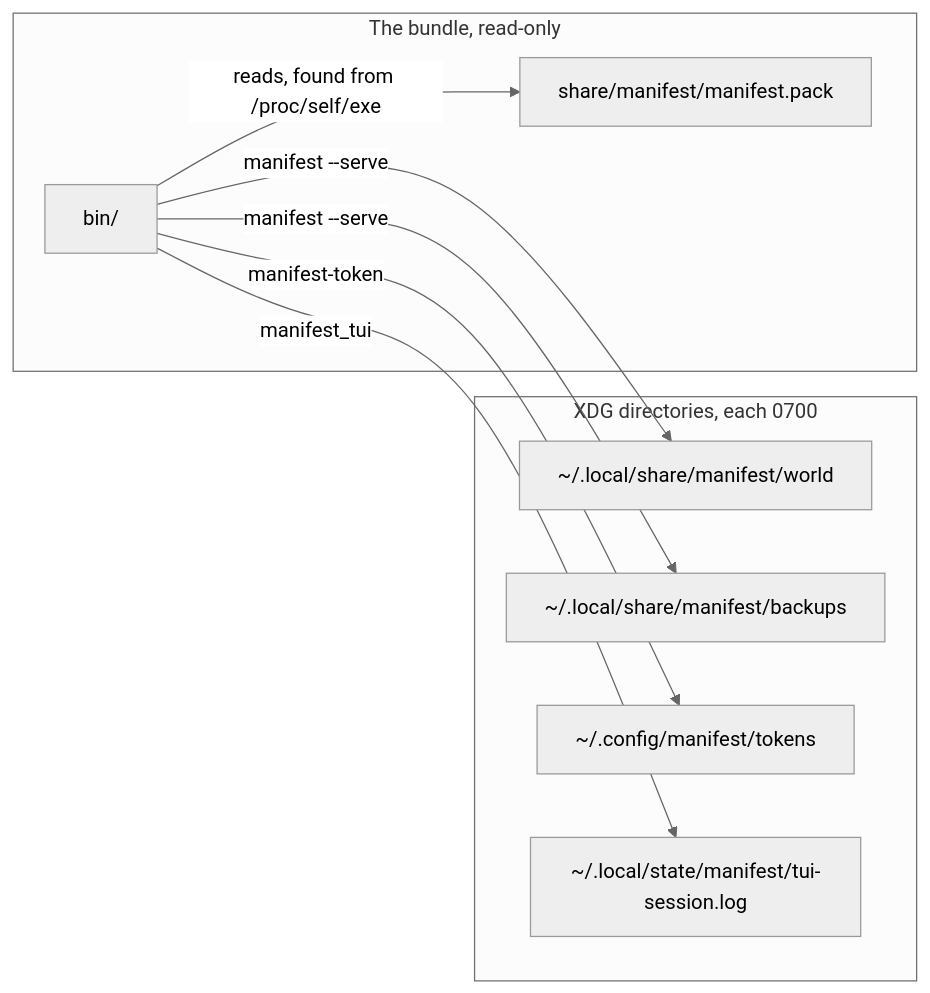
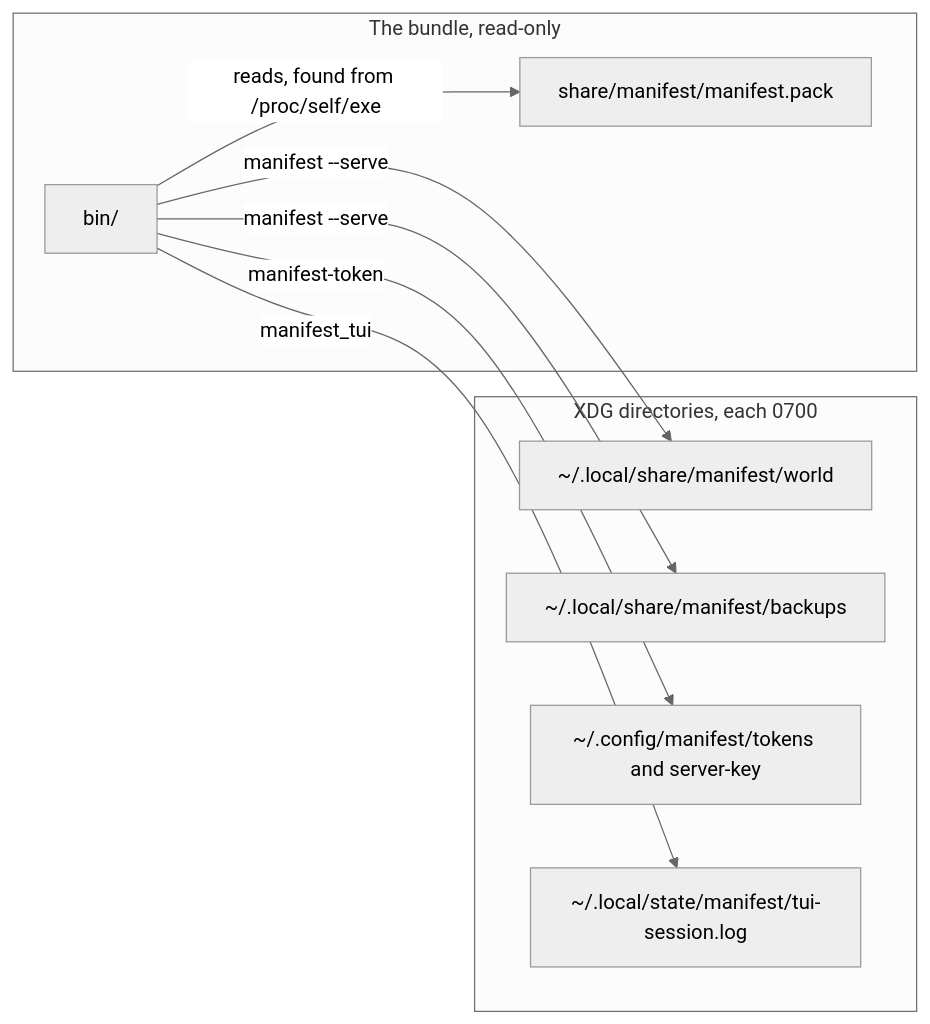
The second of 3 diagrams in docs/host.md (ivanhawkes/manifest), drawn with Mermaid (neutral theme) before and after one commit. The commit also changed other lines of this file and 30 other files, not shown here.

First line of the commit message:
Remote: every connection sealed to the server's pinned key (J01)

````diff
--- a/docs/host.md
+++ b/docs/host.md
@@ -195,18 +198,18 @@
 ```mermaid
 flowchart LR
     subgraph B["The bundle, read-only"]
         bin["bin/"]
         pack["share/manifest/manifest.pack"]
     end
     subgraph X["XDG directories, each 0700"]
         world["~/.local/share/manifest/world"]
         backups["~/.local/share/manifest/backups"]
-        tokens["~/.config/manifest/tokens"]
+        tokens["~/.config/manifest/tokens and server-key"]
         log["~/.local/state/manifest/tui-session.log"]
     end
     bin -- "reads, found from /proc/self/exe" --> pack
     bin -- "manifest --serve" --> world
     bin -- "manifest --serve" --> backups
     bin -- "manifest-token" --> tokens
     bin -- "manifest_tui" --> log
 ```
````
